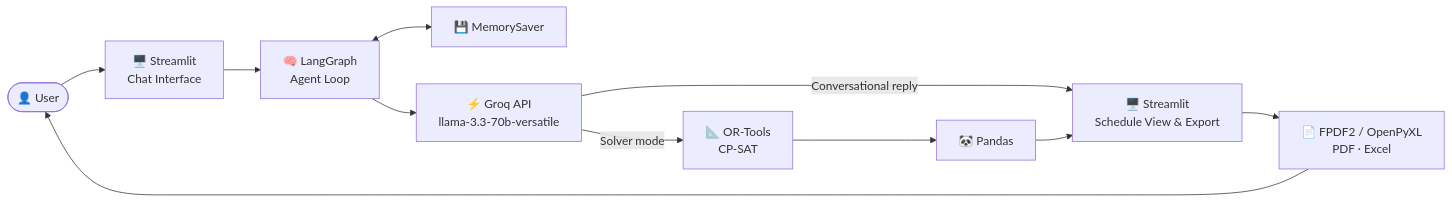
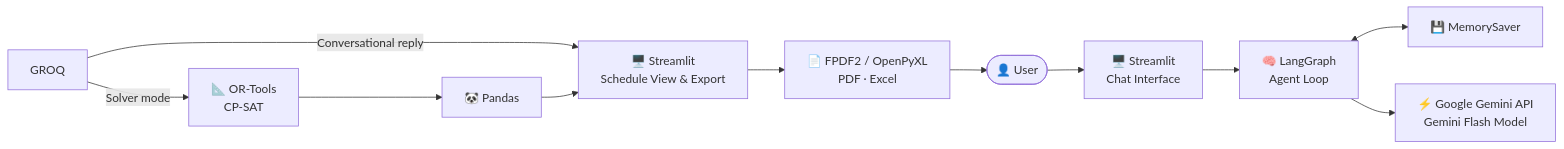
The second of 2 diagrams in README.md (vaibhavsimha-j/Slot_AI), drawn with Mermaid before and after one commit. The commit also changed other lines of this file, not shown here.

````diff
--- a/README.md
+++ b/README.md
@@ -56,13 +56,13 @@
 ```mermaid
 flowchart LR
     U([👤 User]) --> ST["🖥️ Streamlit\nChat Interface"]
     ST --> LG["🧠 LangGraph\nAgent Loop"]
     LG <--> MEM["💾 MemorySaver"]
-    LG --> GROQ["⚡ Groq API\nllama-3.3-70b-versatile"]
+    LG --> Google["⚡ Google Gemini API\nGemini Flash Model"]
     GROQ -->|Conversational reply| OUT["🖥️ Streamlit\nSchedule View & Export"]
     GROQ -->|Solver mode| ORT["📐 OR-Tools\nCP-SAT"]
     ORT --> PD["🐼 Pandas"]
     PD --> OUT
     OUT --> EXP["📄 FPDF2 / OpenPyXL\nPDF · Excel"]
     EXP --> U
 ```
````
